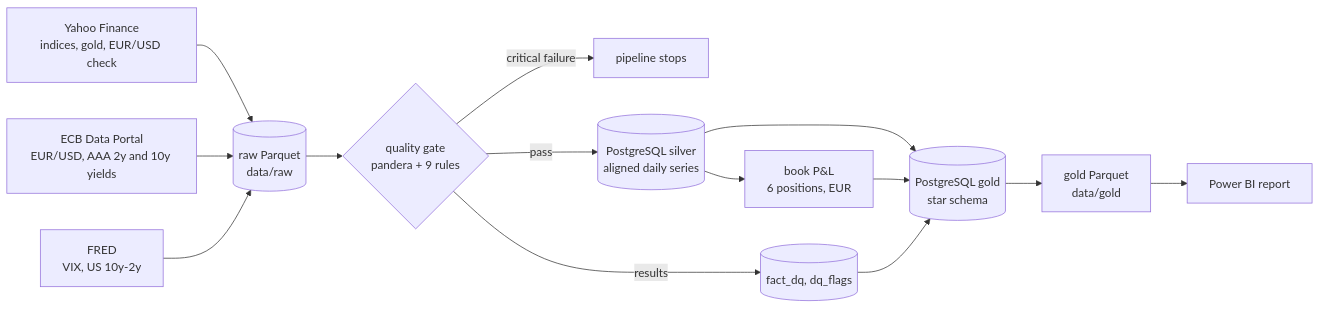
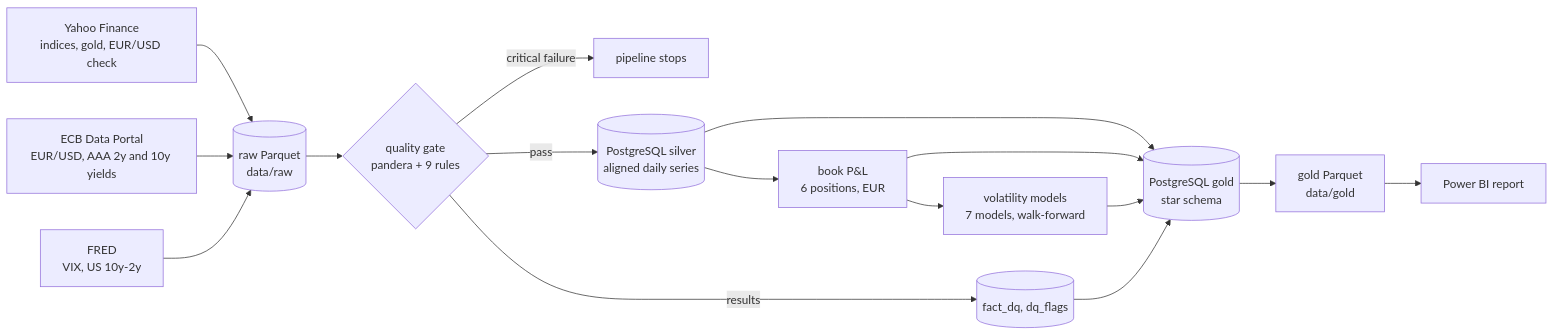
Before and after one commit to MedChahb/market_risk_monitor: the diagram in README.md, drawn with Mermaid. The commit also changed other lines of this file, not shown here.

Commit message:
Summarise the volatility forecasts and their references in the README

````diff
--- a/README.md
+++ b/README.md
@@ -11,16 +11,18 @@
 ```mermaid
 flowchart LR
     Y[Yahoo Finance<br/>indices, gold, EUR/USD check] --> R[(raw Parquet<br/>data/raw)]
     E[ECB Data Portal<br/>EUR/USD, AAA 2y and 10y yields] --> R
     F[FRED<br/>VIX, US 10y-2y] --> R
     R --> Q{quality gate<br/>pandera + 9 rules}
     Q -->|critical failure| X[pipeline stops]
     Q -->|results| DQ[(fact_dq, dq_flags)]
     Q -->|pass| S[(PostgreSQL silver<br/>aligned daily series)]
     S --> G[(PostgreSQL gold<br/>star schema)]
     S --> B[book P&L<br/>6 positions, EUR]
     B --> G
+    B --> V[volatility models<br/>7 models, walk-forward]
+    V --> G
     DQ --> G
     G --> P[gold Parquet<br/>data/gold]
     P --> BI[Power BI report]
 ```
````
